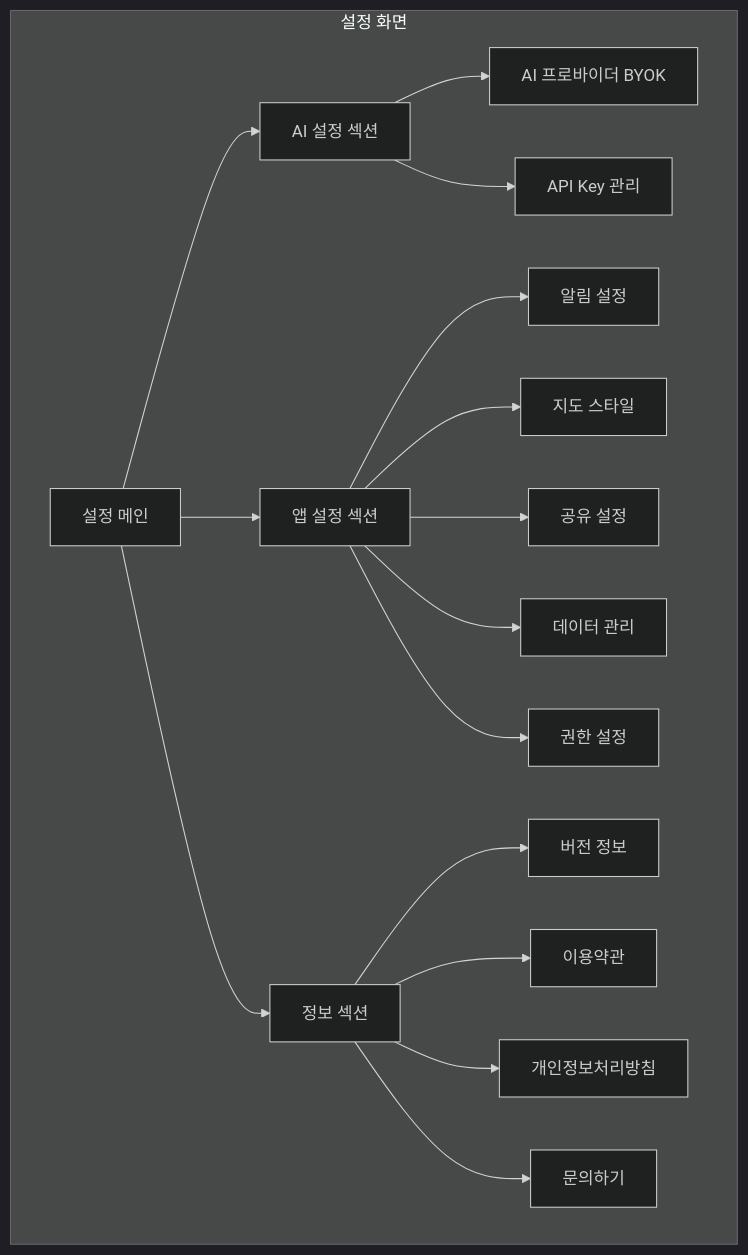
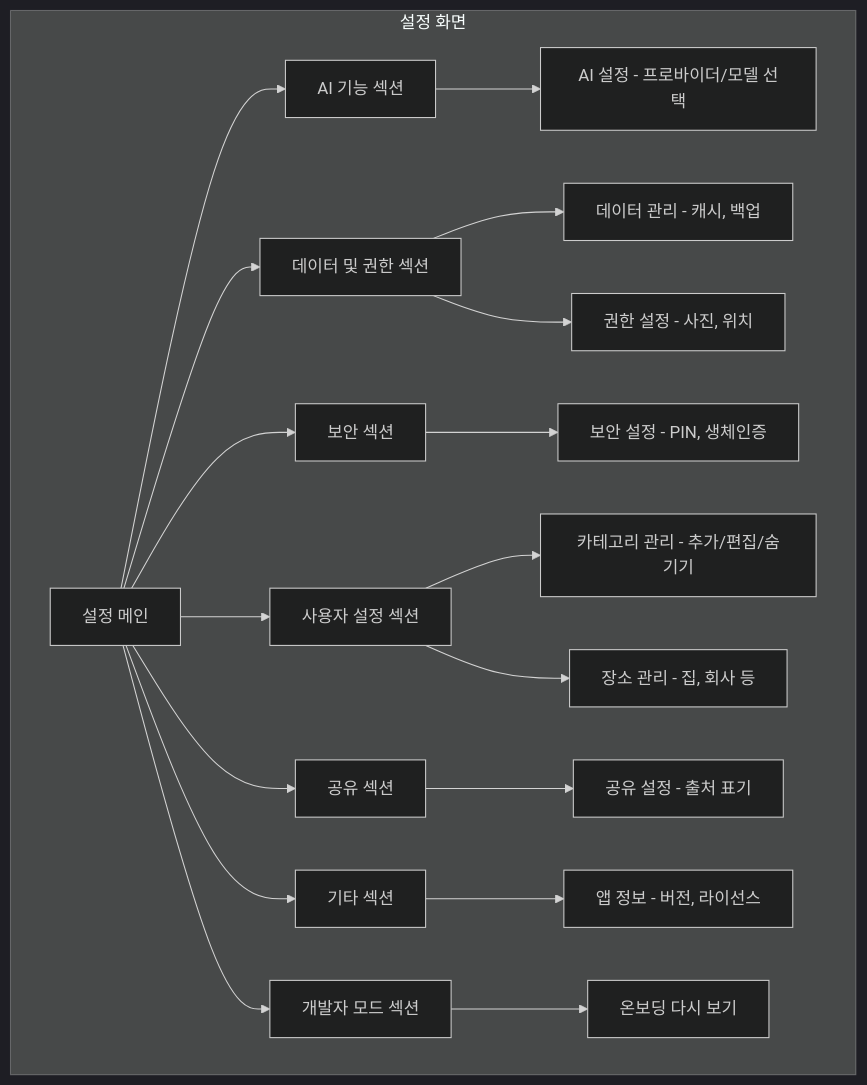
Diagram 21 of 44 in Ref-Concepts/wander_ui_scenario.md (leonardo204/Wander), drawn with Mermaid (dark theme) before and after one commit. The commit also changed other lines of this file and 22 other files, not shown here.

````diff
--- a/Ref-Concepts/wander_ui_scenario.md
+++ b/Ref-Concepts/wander_ui_scenario.md
@@ -1641,24 +1704,30 @@
 ```mermaid
 graph TB
     subgraph "설정 화면"
         A[설정 메인]
 
-        A --> C[AI 설정 섹션]
-        A --> D[앱 설정 섹션]
-        A --> E[정보 섹션]
+        A --> B[AI 기능 섹션]
+        A --> C[데이터 및 권한 섹션]
+        A --> D[보안 섹션]
+        A --> E[사용자 설정 섹션]
+        A --> F[공유 섹션]
+        A --> G[기타 섹션]
+        A --> H[개발자 모드 섹션]
 
-        C --> C1[AI 프로바이더 BYOK]
-        C --> C2[API Key 관리]
+        B --> B1[AI 설정 - 프로바이더/모델 선택]
 
-        D --> D1[알림 설정]
-        D --> D2[지도 스타일]
-        D --> D3[공유 설정]
-        D --> D4[데이터 관리]
-        D --> D5[권한 설정]
+        C --> C1[데이터 관리 - 캐시, 백업]
+        C --> C2[권한 설정 - 사진, 위치]
 
-        E --> E1[버전 정보]
-        E --> E2[이용약관]
-        E --> E3[개인정보처리방침]
-        E --> E4[문의하기]
+        D --> D1[보안 설정 - PIN, 생체인증]
+
+        E --> E1[카테고리 관리 - 추가/편집/숨기기]
+        E --> E2[장소 관리 - 집, 회사 등]
+
+        F --> F1[공유 설정 - 출처 표기]
+
+        G --> G1[앱 정보 - 버전, 라이선스]
+
+        H --> H1[온보딩 다시 보기]
     end
 ```
````
